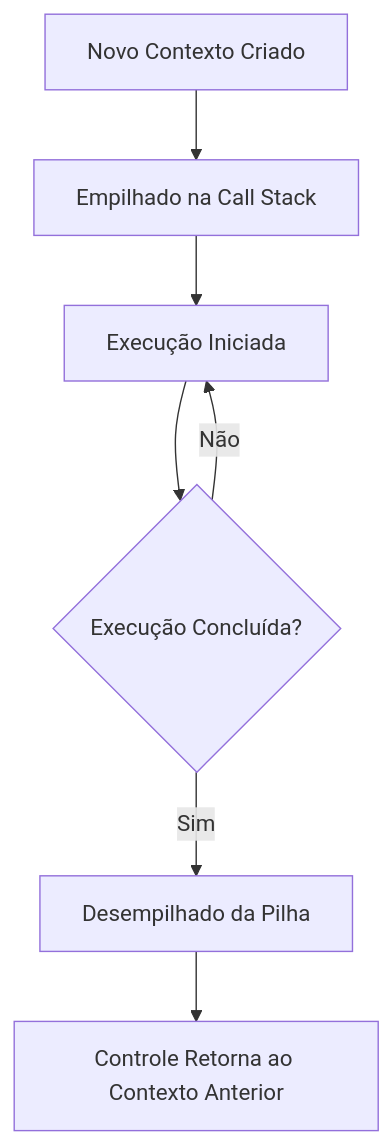
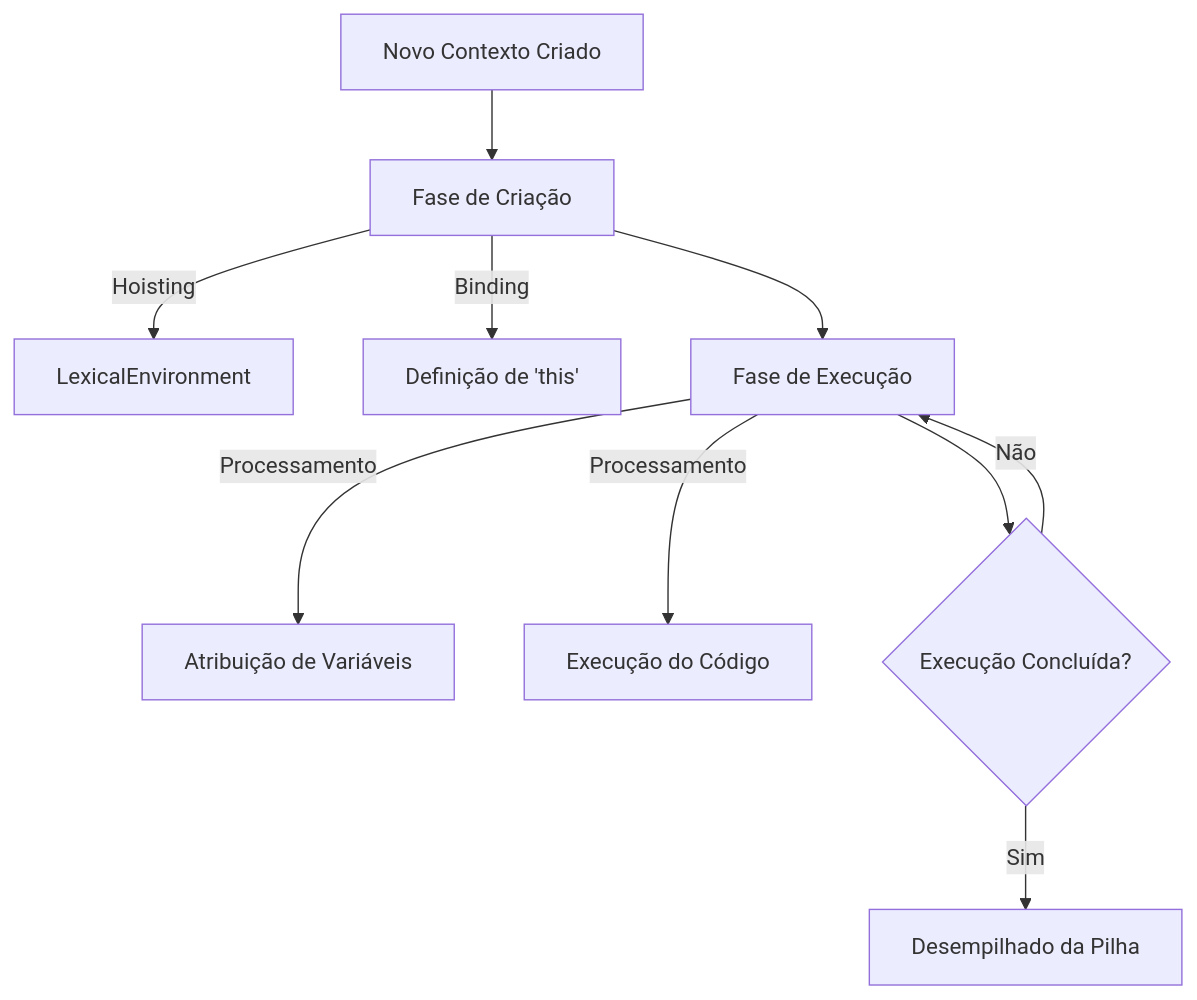
One commit to natalialuizads/notes changed the first of 10 diagrams in docs/javascript/execution-contexts.mdx. Above: the diagram before and after it, drawn with Mermaid. The commit also changed other lines of this file, not shown here.

````diff
--- a/docs/javascript/execution-contexts.mdx
+++ b/docs/javascript/execution-contexts.mdx
@@ -23,9 +46,12 @@
 ```mermaid
 flowchart TB
-    Novo[Novo Contexto Criado] --> Empilha[Empilhado na Call Stack]
-    Empilha --> Executa[Execução Iniciada]
-    Executa --> Finaliza{Execução Concluída?}
-    Finaliza -->|Não| Executa
+    Novo[Novo Contexto Criado] --> FaseCriacao[Fase de Criação]
+    FaseCriacao --> |Hoisting| LexEnv[LexicalEnvironment]
+    FaseCriacao --> |Binding| This[Definição de 'this']
+    FaseCriacao --> FaseExec[Fase de Execução]
+    FaseExec --> |Processamento| Vars[Atribuição de Variáveis]
+    FaseExec --> |Processamento| Code[Execução do Código]
+    FaseExec --> Finaliza{Execução Concluída?}
+    Finaliza -->|Não| FaseExec
     Finaliza -->|Sim| Desempilha[Desempilhado da Pilha]
-    Desempilha --> Retorna[Controle Retorna ao Contexto Anterior]
 ```
````
